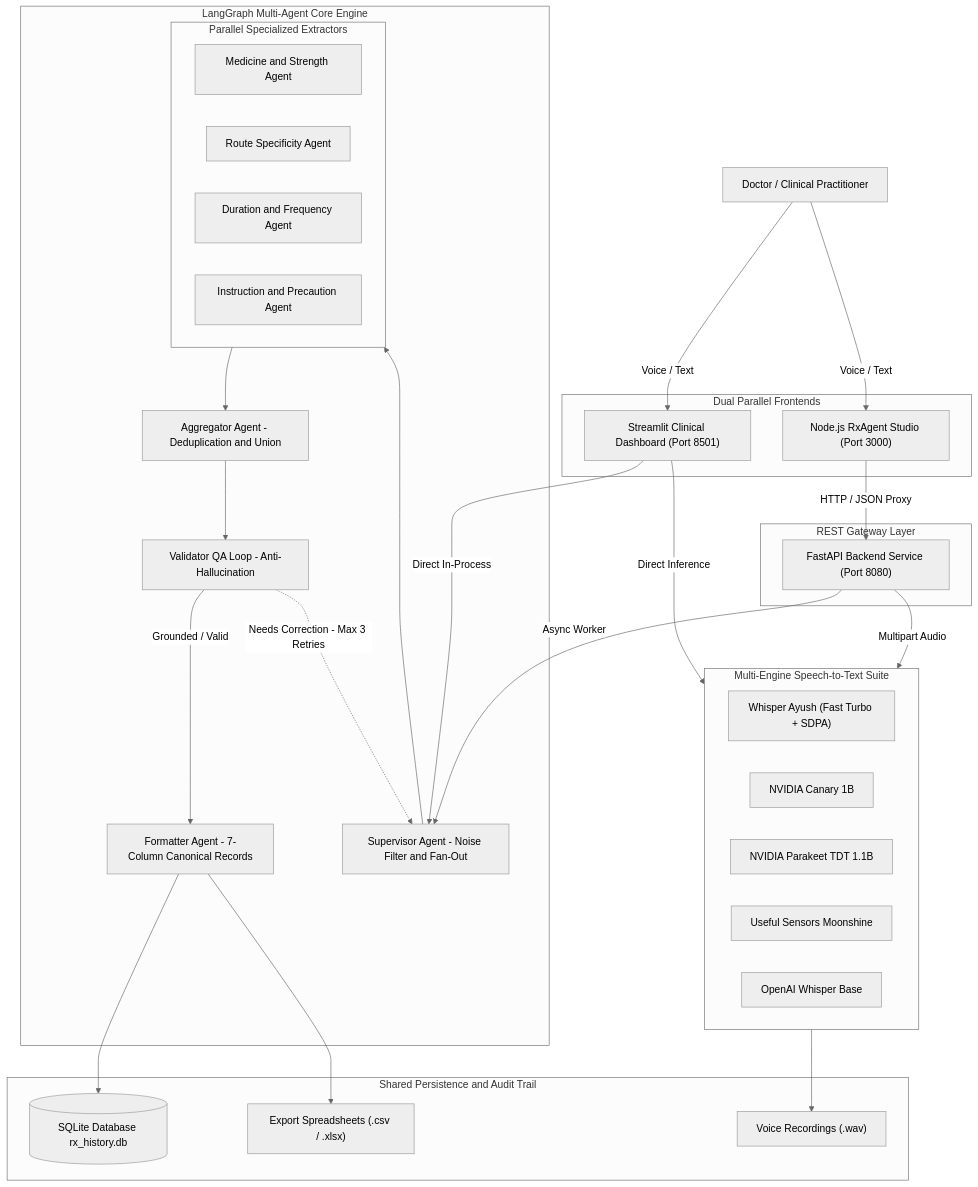
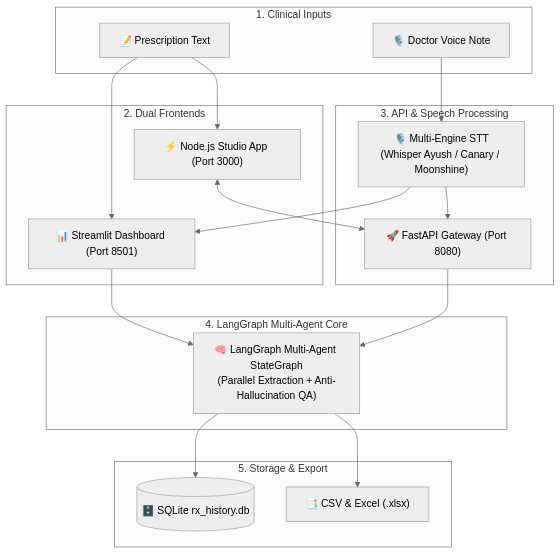
The first of 2 diagrams in README.md (AbhinavEliac/Agentic_Prescription_Generator), drawn with Mermaid (neutral theme) before and after one commit. The commit also changed other lines of this file, not shown here.

Commit message:
Refactor README flowcharts into clean, intuitive, modular architecture diagrams

````diff
--- a/README.md
+++ b/README.md
@@ -31,62 +29,39 @@
 ```mermaid
-graph TD
-    Doctor["Doctor / Clinical Practitioner"]
-
-    subgraph Frontends ["Dual Parallel Frontends"]
-        StreamlitUI["Streamlit Clinical Dashboard (Port 8501)"]
-        NodeUI["Node.js RxAgent Studio (Port 3000)"]
+flowchart TD
+    subgraph S1 ["1. Clinical Inputs"]
+        Voice["🎙️ Doctor Voice Note"]
+        Text["📝 Prescription Text"]
     end
 
-    subgraph APILayer ["REST Gateway Layer"]
-        FastAPIServer["FastAPI Backend Service (Port 8080)"]
+    subgraph S2 ["2. Dual Frontends"]
+        Streamlit["📊 Streamlit Dashboard (Port 8501)"]
+        NodeApp["⚡ Node.js Studio App (Port 3000)"]
     end
 
-    subgraph AgenticEngine ["LangGraph Multi-Agent Core Engine"]
-        Supervisor["Supervisor Agent - Noise Filter and Fan-Out"]
-        
-        subgraph ParallelNodes ["Parallel Specialized Extractors"]
-            MedNode["Medicine and Strength Agent"]
-            RouteNode["Route Specificity Agent"]
-            DurFreqNode["Duration and Frequency Agent"]
-            InstNode["Instruction and Precaution Agent"]
-        end
-        
-        Aggregator["Aggregator Agent - Deduplication and Union"]
-        Validator["Validator QA Loop - Anti-Hallucination"]
-        Formatter["Formatter Agent - 7-Column Canonical Records"]
+    subgraph S3 ["3. API & Speech Processing"]
+        STT["🎙️ Multi-Engine STT<br/>(Whisper Ayush / Canary / Moonshine)"]
+        FastAPI["🚀 FastAPI Gateway (Port 8080)"]
     end
 
-    subgraph SpeechEngines ["Multi-Engine Speech-to-Text Suite"]
-        AyushWhisper["Whisper Ayush (Fast Turbo + SDPA)"]
-        Canary["NVIDIA Canary 1B"]
-        Parakeet["NVIDIA Parakeet TDT 1.1B"]
-        Moonshine["Useful Sensors Moonshine"]
-        StandardWhisper["OpenAI Whisper Base"]
+    subgraph S4 ["4. LangGraph Multi-Agent Core"]
+        Graph["🧠 LangGraph Multi-Agent StateGraph<br/>(Parallel Extraction + Anti-Hallucination QA)"]
     end
 
-    subgraph DataStorage ["Shared Persistence and Audit Trail"]
-        SQLiteDB[("SQLite Database rx_history.db")]
-        Outputs["Export Spreadsheets (.csv / .xlsx)"]
-        AudioVault["Voice Recordings (.wav)"]
+    subgraph S5 ["5. Storage & Export"]
+        DB[("🗄️ SQLite rx_history.db")]
+        Files["📑 CSV & Excel (.xlsx)"]
     end
 
-    Doctor -->|"Voice / Text"| StreamlitUI
-    Doctor -->|"Voice / Text"| NodeUI
+    Voice --> STT
+    Text --> Streamlit
+    Text --> NodeApp
+    STT --> Streamlit
+    STT --> FastAPI
     
-    StreamlitUI -->|"Direct In-Process"| Supervisor
-    StreamlitUI -->|"Direct Inference"| SpeechEngines
+    NodeApp <--> FastAPI
+    Streamlit --> Graph
+    FastAPI --> Graph
     
-    NodeUI -->|"HTTP / JSON Proxy"| FastAPIServer
-    FastAPIServer -->|"Async Worker"| Supervisor
-    FastAPIServer -->|"Multipart Audio"| SpeechEngines
-    
-    Supervisor --> ParallelNodes
-    ParallelNodes --> Aggregator
-    Aggregator --> Validator
-    Validator -->|"Grounded / Valid"| Formatter
-    Validator -.->|"Needs Correction - Max 3 Retries"| Supervisor
-    
-    Formatter --> SQLiteDB
-    Formatter --> Outputs
-    SpeechEngines --> AudioVault
+    Graph --> DB
+    Graph --> Files
 ```
````
